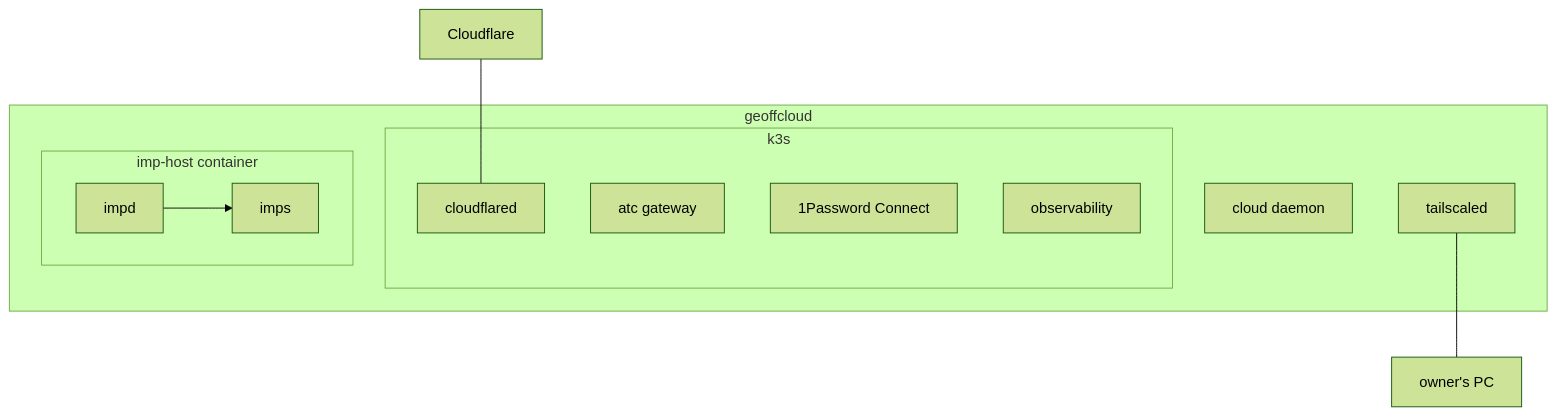
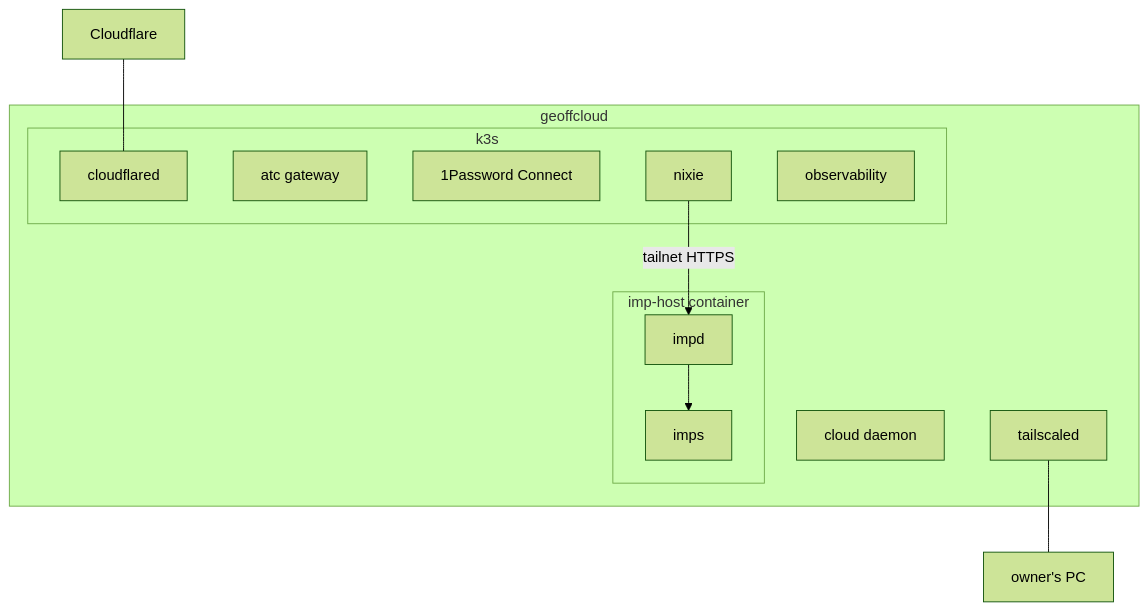
The third of 3 diagrams in docs/architecture/overview.md (zgeoff/cloud), drawn with Mermaid (forest theme) before and after one commit. The commit also changed other lines of this file and 34 other files, not shown here.

Commit message:
feat(geo-343): deploy nixie on the tailnet

````diff
--- a/docs/architecture/overview.md
+++ b/docs/architecture/overview.md
@@ -67,20 +67,22 @@
 ```mermaid
 flowchart TB
   subgraph VM["geoffcloud"]
     subgraph K["k3s"]
       CF["cloudflared"]
       GW["atc gateway"]
       OP["1Password Connect"]
+      NX["nixie"]
       OB["observability"]
     end
     subgraph IH["imp-host container"]
       IMPD["impd"] --> FC["imps"]
     end
     DAEMON["cloud daemon"]
     TS["tailscaled"]
   end
   PC["owner's PC"]
   CFE["Cloudflare"]
   CFE --- CF
   TS --- PC
+  NX -->|"tailnet HTTPS"| IMPD
 ```
````
